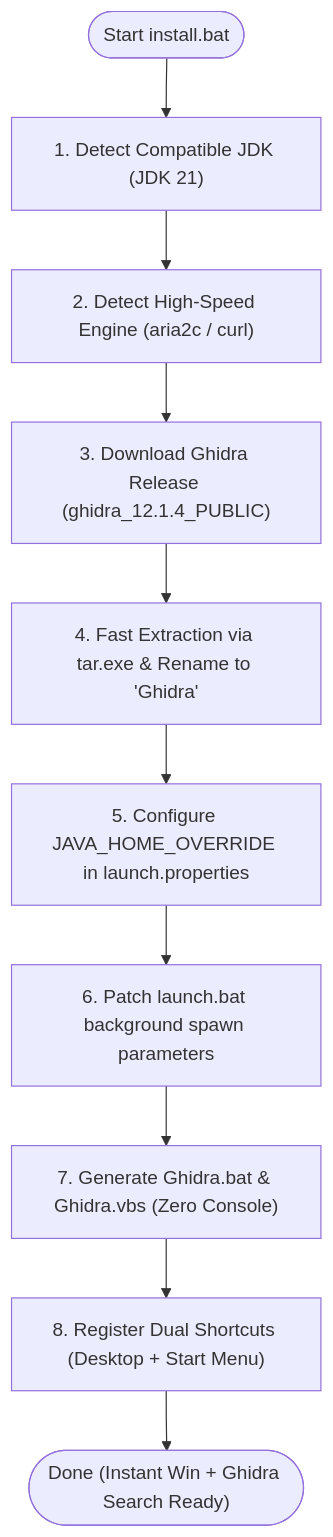
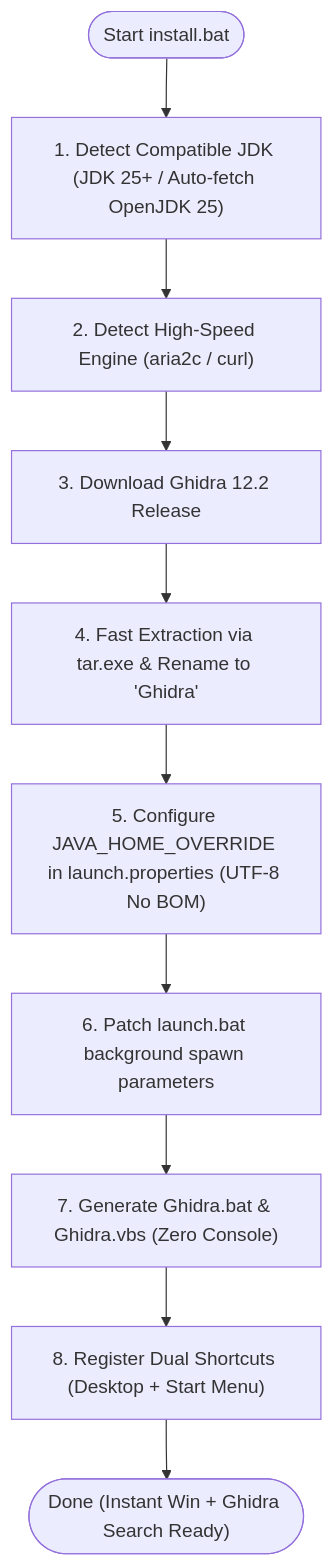
The second of 2 diagrams in security/ghidra-bootstrapper/README.md (Youchenjiang/tool-scripts), drawn with Mermaid before and after one commit. The commit also changed other lines of this file and 2 other files, not shown here.

First line of the commit message:
feat(ghidra): upgrade to ghidra 12.2 with adoptium openjdk 25 lts support

````diff
--- a/security/ghidra-bootstrapper/README.md
+++ b/security/ghidra-bootstrapper/README.md
@@ -23,12 +27,12 @@
 ```mermaid
 flowchart TD
-    Start(["Start install.bat"]) --> CheckJDK["1. Detect Compatible JDK (JDK 21)"]
+    Start(["Start install.bat"]) --> CheckJDK["1. Detect Compatible JDK (JDK 25+ / Auto-fetch OpenJDK 25)"]
     CheckJDK --> Engine["2. Detect High-Speed Engine (aria2c / curl)"]
-    Engine --> Download["3. Download Ghidra Release (ghidra_12.1.4_PUBLIC)"]
+    Engine --> Download["3. Download Ghidra 12.2 Release"]
     Download --> Extract["4. Fast Extraction via tar.exe & Rename to 'Ghidra'"]
-    Extract --> Config["5. Configure JAVA_HOME_OVERRIDE in launch.properties"]
+    Extract --> Config["5. Configure JAVA_HOME_OVERRIDE in launch.properties (UTF-8 No BOM)"]
     Config --> Patch["6. Patch launch.bat background spawn parameters"]
     Patch --> GenLaunchers["7. Generate Ghidra.bat & Ghidra.vbs (Zero Console)"]
     GenLaunchers --> Shortcuts["8. Register Dual Shortcuts (Desktop + Start Menu)"]
     Shortcuts --> End(["Done (Instant Win + Ghidra Search Ready)"])
 ```
````
